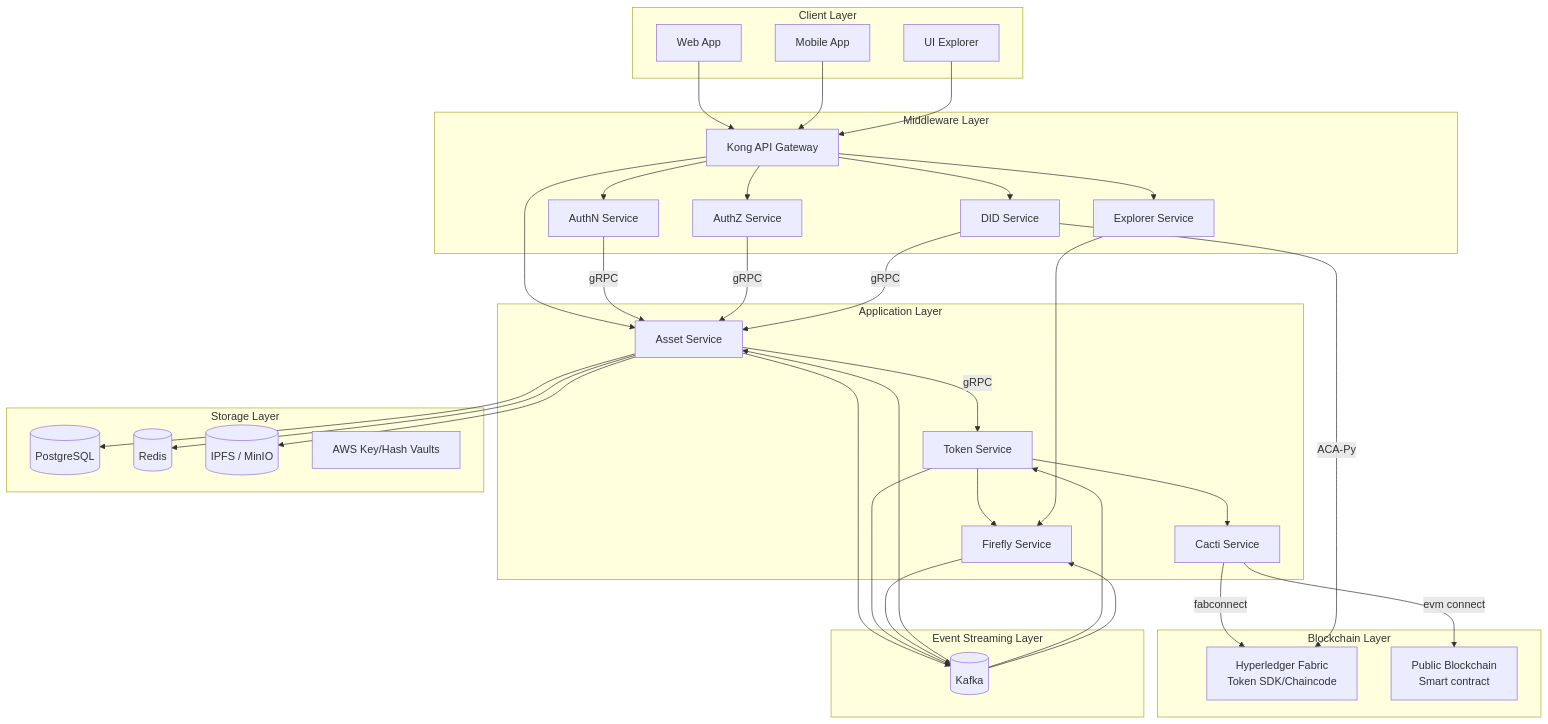
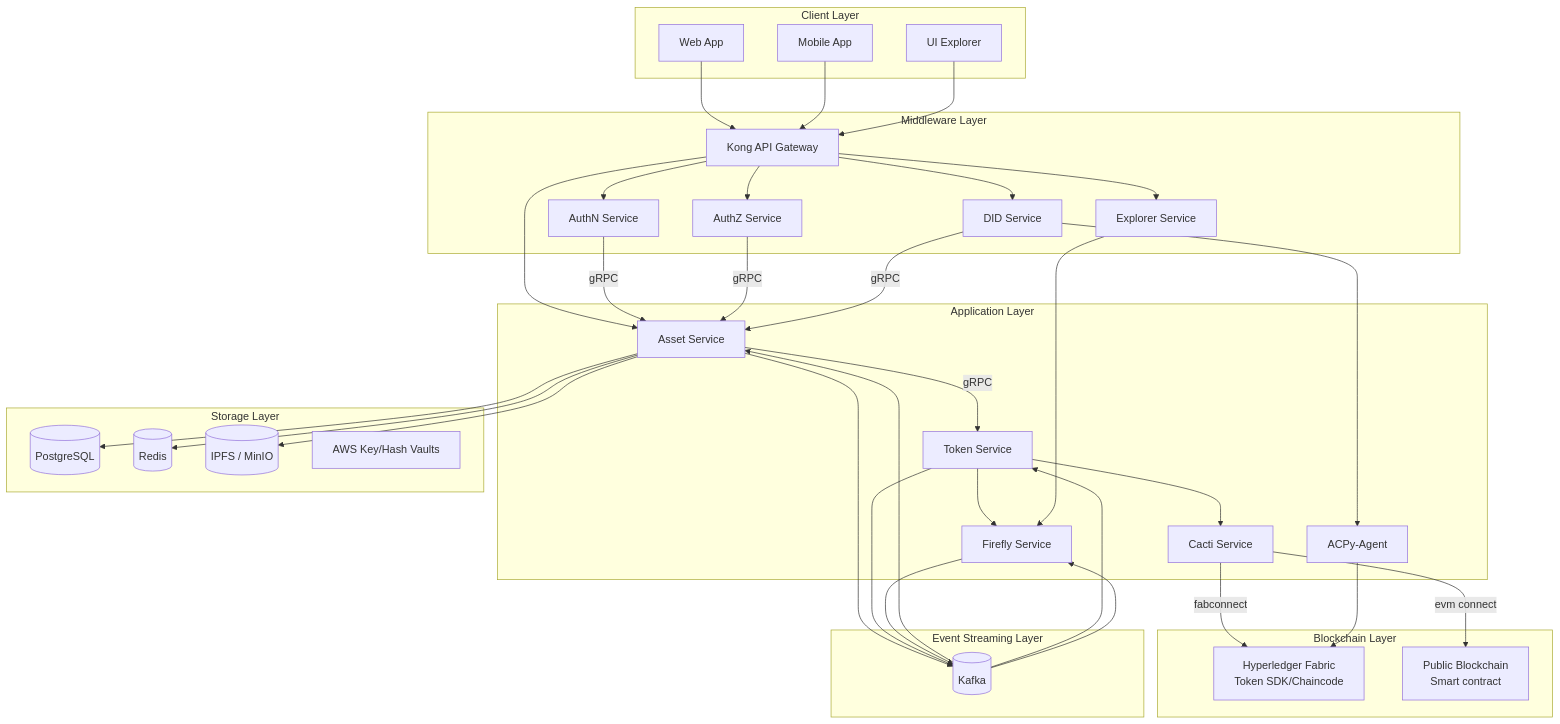
The first of 4 diagrams in docs/architecture-design.en.md (metafi-blockchain/metafi-digital-assets-service), drawn with Mermaid before and after one commit.

````diff
--- a/docs/architecture-design.en.md
+++ b/docs/architecture-design.en.md
@@ -36,75 +36,79 @@
 ```mermaid
 graph TD
     subgraph "Client Layer"
         Web[Web App]
         Mobile[Mobile App]
         Explorer[UI Explorer]
     end
 
     subgraph "Middleware Layer"
         Gateway[Kong API Gateway]
         AuthN[AuthN Service]
         AuthZ[AuthZ Service]
         DID["DID Service"]
         ExplorerService[Explorer Service]
     end
 
     subgraph "Application Layer"
         Asset[Asset Service]
         Token[Token Service]
         Firefly[Firefly Service]
         ExplorerService[Explorer Service]
         Cacti[Cacti Service]
+        ACAPy[ACPy-Agent]
     end
 
     subgraph "Blockchain Layer"
         Fabric["Hyperledger Fabric<br/>Token SDK/Chaincode"]
         PublicChain[Public Blockchain<br/>  Smart contract]
     end
 
     subgraph "Storage Layer"
         DB[(PostgreSQL)]
         Cache[(Redis)]
         Storage[(IPFS / MinIO)]
         KeyVaults[AWS Key/Hash Vaults]
     end
 
     subgraph "Event Streaming Layer"
         Kafka[(Kafka)]
     end
 
     Web --> Gateway
     Mobile --> Gateway
     Explorer --> Gateway
 
     Gateway --> AuthN
     Gateway --> AuthZ
     Gateway --> Asset
     Gateway --> DID
 
     Gateway --> ExplorerService
 
     AuthN --> |gRPC|Asset
     AuthZ -->|gRPC|Asset
     DID --> |gRPC|Asset
 
     Asset --> |gRPC|Token
     Token --> Firefly
     Token --> Cacti
     Cacti -->|fabconnect| Fabric
     Cacti -->|evm connect| PublicChain
 
     Asset --> DB
     Asset --> Cache
     Asset --> Storage
-    DID -->|ACA-Py| Fabric
+    DID -->ACAPy
+    ACAPy -->Fabric
+
+
 
     Asset --> Kafka
     Kafka --> Asset
     Token --> Kafka
     Kafka --> Token
     Firefly --> Kafka
     Kafka --> Firefly
 
     ExplorerService --> Firefly
 ```
````
